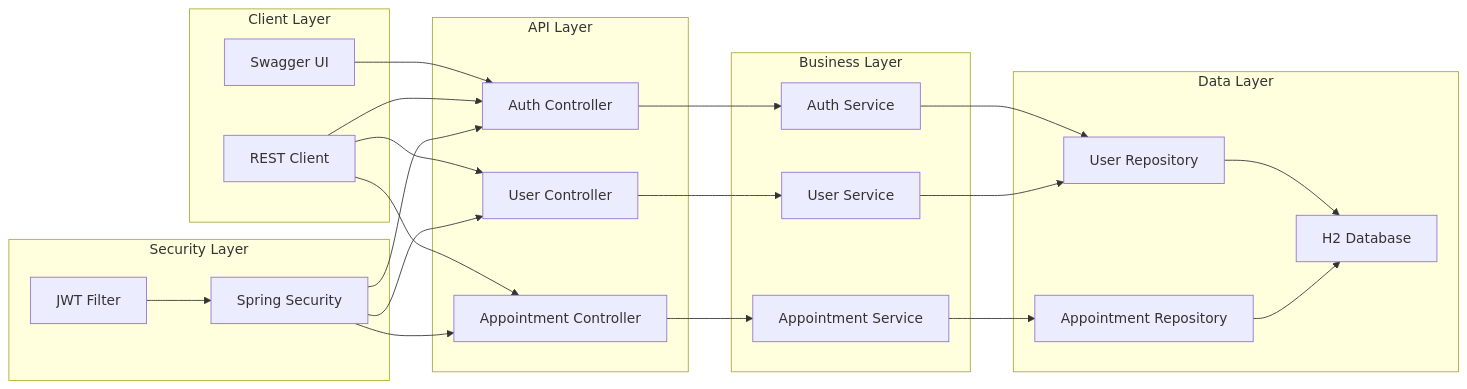
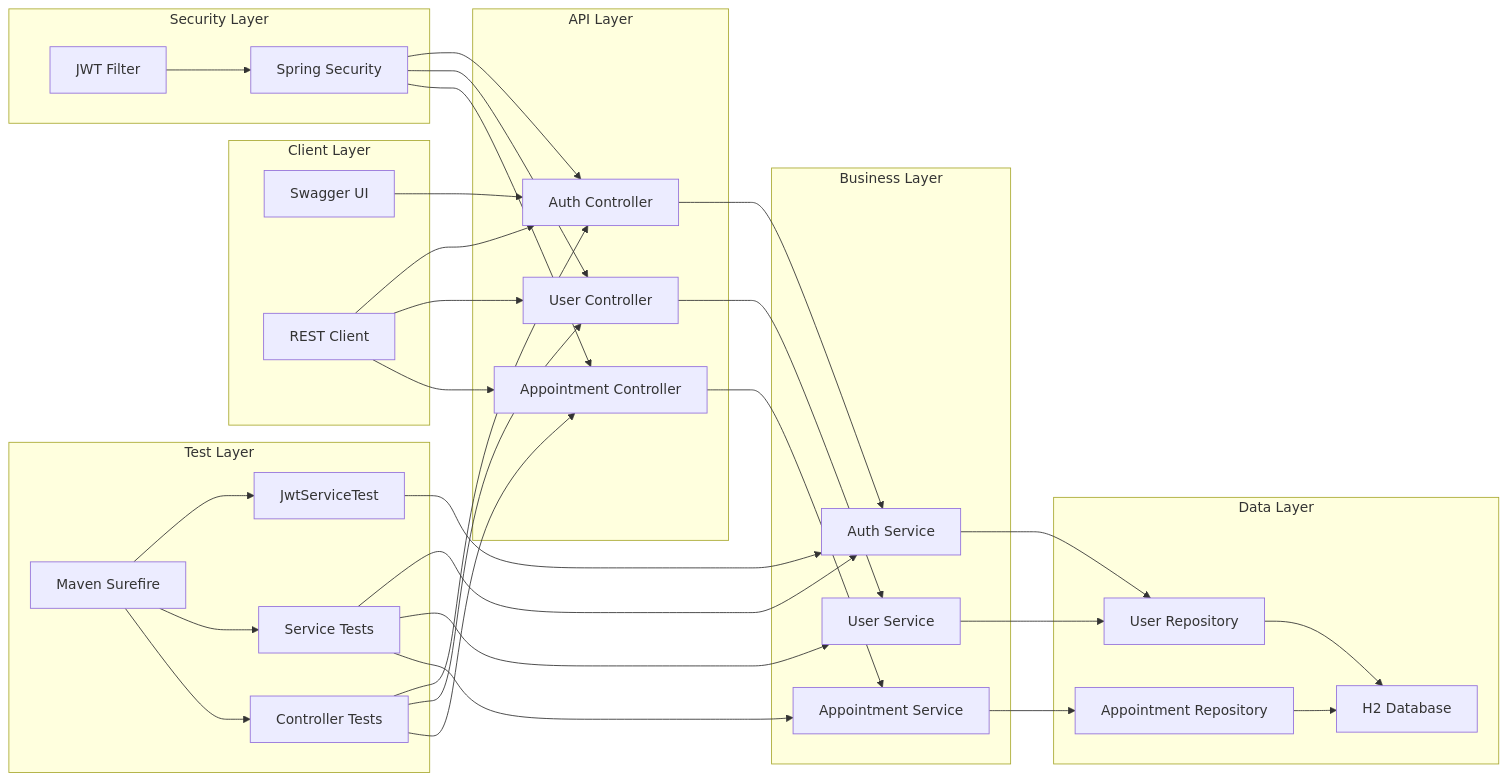
One commit to alper-aydogan/e-randevu changed the second of 2 diagrams in README.md. Above: the diagram before and after it, drawn with Mermaid.

Commit message:
Add test layer to system architecture diagram
- Include Test Layer subgraph with JwtServiceTest, Service Tests, Controller Tests
- Add Maven Surefire as test execution engine
- Show test connections to controllers and services
- Complete architecture overview with testing integration

````diff
--- a/README.md
+++ b/README.md
@@ -92,51 +92,69 @@
 ```mermaid
 graph LR
     subgraph "Client Layer"
         A[Swagger UI]
         B[REST Client]
     end
     
     subgraph "API Layer"
         C[Auth Controller]
         D[User Controller]
         E[Appointment Controller]
     end
     
     subgraph "Business Layer"
         F[Auth Service]
         G[User Service]
         H[Appointment Service]
     end
     
     subgraph "Data Layer"
         I[User Repository]
         J[Appointment Repository]
         K[H2 Database]
     end
     
     subgraph "Security Layer"
         L[JWT Filter]
         M[Spring Security]
     end
     
+    subgraph "Test Layer"
+        N[JwtServiceTest]
+        O[Service Tests]
+        P[Controller Tests]
+        Q[Maven Surefire]
+    end
+    
     A --> C
     B --> C
     B --> D
     B --> E
     
     C --> F
     D --> G
     E --> H
     
     F --> I
     G --> I
     H --> J
     
     I --> K
     J --> K
     
     L --> M
     M --> C
     M --> D
     M --> E
+    
+    N --> F
+    O --> F
+    O --> G
+    O --> H
+    P --> C
+    P --> D
+    P --> E
+    Q --> N
+    Q --> O
+    Q --> P
 ```
````
